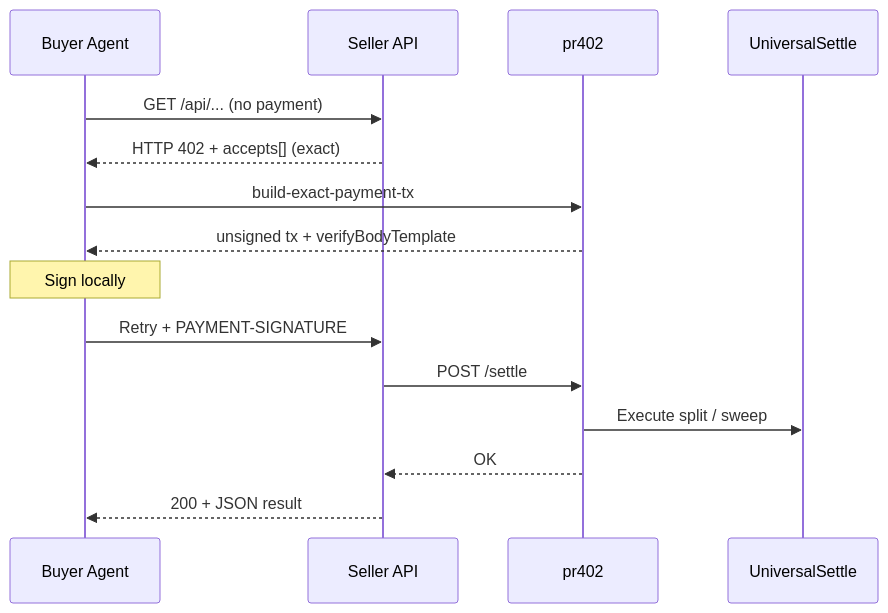
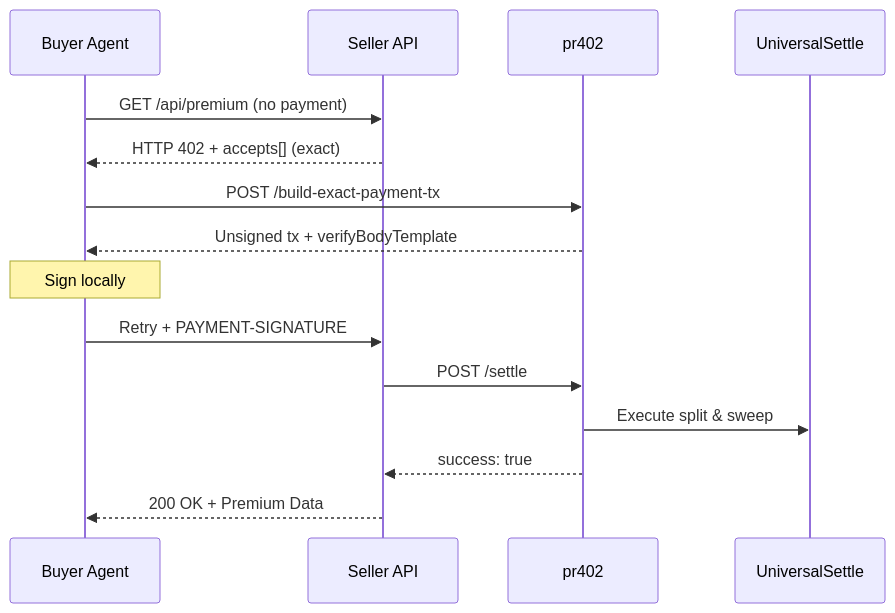
Before and after one commit to miraland-labs/x402: the first of 3 diagrams in ARCHITECTURE_OVERVIEW.md, drawn with Mermaid. The commit also changed other lines of this file and 2 other files, not shown here.

````diff
--- a/ARCHITECTURE_OVERVIEW.md
+++ b/ARCHITECTURE_OVERVIEW.md
@@ -154,18 +43,18 @@
 ```mermaid
 sequenceDiagram
     participant Agent as Buyer Agent
     participant Provider as Seller API
     participant Facilitator as pr402
     participant OnChain as UniversalSettle
 
-    Agent->>Provider: GET /api/... (no payment)
+    Agent->>Provider: GET /api/premium (no payment)
     Provider-->>Agent: HTTP 402 + accepts[] (exact)
-    Agent->>Facilitator: build-exact-payment-tx
-    Facilitator-->>Agent: unsigned tx + verifyBodyTemplate
+    Agent->>Facilitator: POST /build-exact-payment-tx
+    Facilitator-->>Agent: Unsigned tx + verifyBodyTemplate
     Note over Agent: Sign locally
     Agent->>Provider: Retry + PAYMENT-SIGNATURE
     Provider->>Facilitator: POST /settle
-    Facilitator->>OnChain: Execute split / sweep
-    Facilitator-->>Provider: OK
-    Provider-->>Agent: 200 + JSON result
+    Facilitator->>OnChain: Execute split & sweep
+    Facilitator-->>Provider: success: true
+    Provider-->>Agent: 200 OK + Premium Data
 ```
````
